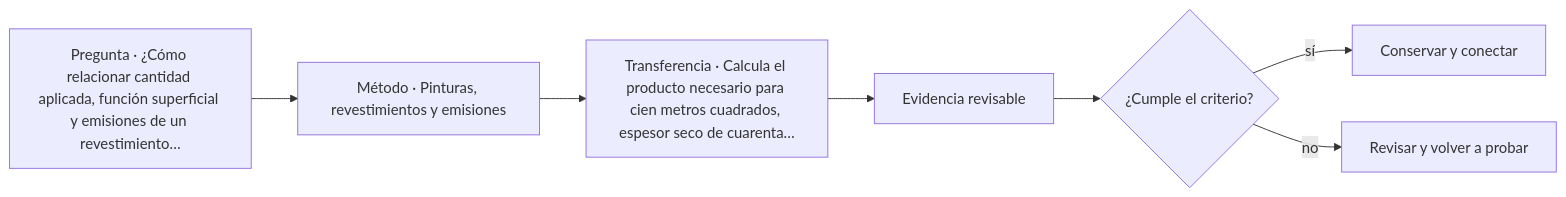
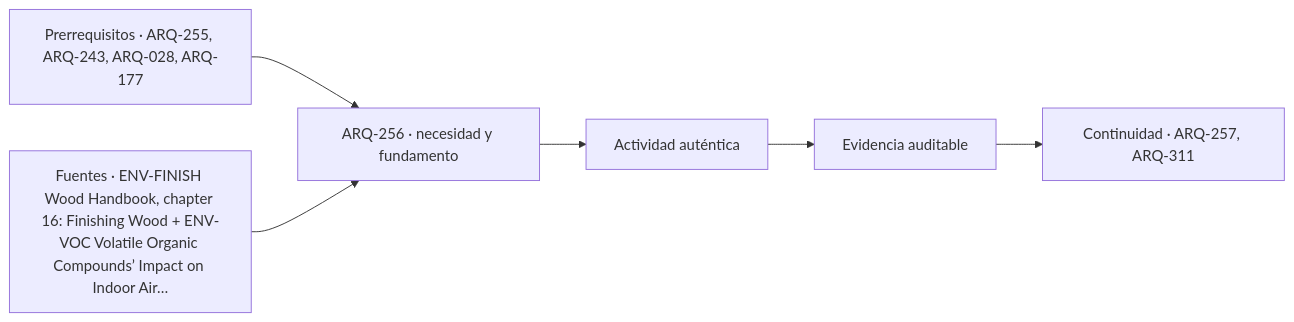
One commit to vladimiracunadev-create/architecture-built-environment-learning-program changed the diagram in classes/parte-26/ARQ-256.md. Above: the diagram before and after it, drawn with Mermaid. The commit also changed other lines of this file and 761 other files, not shown here.

````diff
--- a/classes/parte-26/ARQ-256.md
+++ b/classes/parte-26/ARQ-256.md
@@ -111,9 +123,8 @@
 ```mermaid
 flowchart LR
-    Q["Pregunta · ¿Cómo relacionar cantidad aplicada, función superficial y emisiones de un revestimiento…"] --> M["Método · Pinturas, revestimientos y emisiones"]
-    M --> P["Transferencia · Calcula el producto necesario para cien metros cuadrados, espesor seco de cuarenta…"]
-    P --> E["Evidencia revisable"]
-    E --> C{"¿Cumple el criterio?"}
-    C -->|sí| T["Conservar y conectar"]
-    C -->|no| R["Revisar y volver a probar"]
+    A["Prerrequisitos · ARQ-255, ARQ-243, ARQ-028, ARQ-177"] --> B["ARQ-256 · necesidad y fundamento"]
+    S["Fuentes · ENV-FINISH Wood Handbook, chapter 16: Finishing Wood + ENV-VOC Volatile Organic Compounds’ Impact on Indoor Air…"] --> B
+    B --> C["Actividad auténtica"]
+    C --> D["Evidencia auditable"]
+    D --> E["Continuidad · ARQ-257, ARQ-311"]
 ```
````
